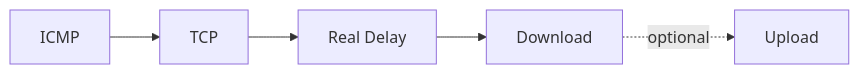
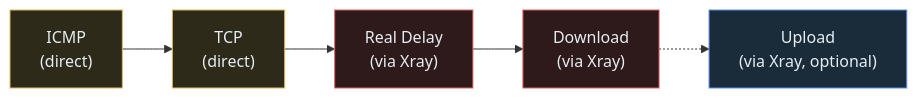
Before and after one commit to mhyrzt/xrat: the third of 3 diagrams in docs/src/06-architecture/test-pipeline.md, drawn with Mermaid. The commit also changed other lines of this file and 16 other files, not shown here.

````diff
--- a/docs/src/06-architecture/test-pipeline.md
+++ b/docs/src/06-architecture/test-pipeline.md
@@ -215,7 +227,14 @@
 ```mermaid
 flowchart LR
-    ICMP[ICMP] --> TCP[TCP]
-    TCP --> REAL[Real Delay]
-    REAL --> DL[Download]
-    DL -. optional .-> UL[Upload]
+    classDef direct fill:#2e2a1a,stroke:#dfba5b,color:#e6edf3
+    classDef proxy  fill:#2e1a1a,stroke:#df6060,color:#e6edf3
+    classDef opt    fill:#1a2c3a,stroke:#5b8def,color:#e6edf3
+
+    ICMP["ICMP\n(direct)"]:::direct
+    TCP["TCP\n(direct)"]:::direct
+    REAL["Real Delay\n(via Xray)"]:::proxy
+    DL["Download\n(via Xray)"]:::proxy
+    UL["Upload\n(via Xray, optional)"]:::opt
+
+    ICMP --> TCP --> REAL --> DL -.-> UL
 ```
````
